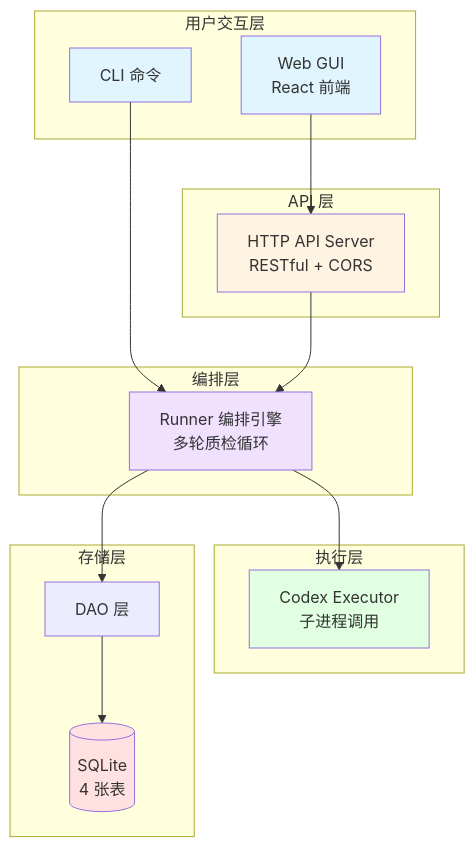
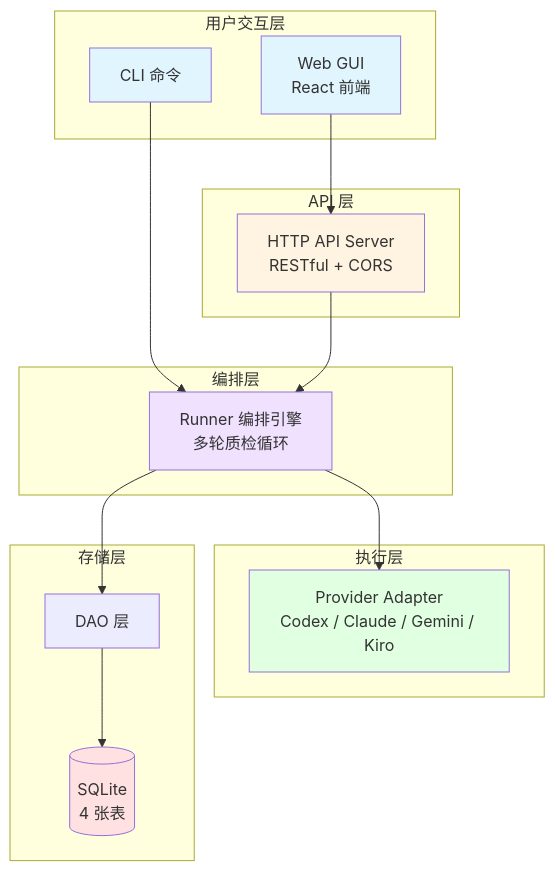
Before and after one commit to limecloud/qcloop: the second of 4 diagrams in docs/PRD.md, drawn with Mermaid. The commit also changed other lines of this file and 29 other files, not shown here.

````diff
--- a/docs/PRD.md
+++ b/docs/PRD.md
@@ -253,38 +253,38 @@
 ```mermaid
 graph TB
     subgraph "用户交互层"
         CLI[CLI 命令]
         GUI[Web GUI<br/>React 前端]
     end
     
     subgraph "API 层"
         API[HTTP API Server<br/>RESTful + CORS]
     end
     
     subgraph "编排层"
         Runner[Runner 编排引擎<br/>多轮质检循环]
     end
     
     subgraph "执行层"
-        Executor[Codex Executor<br/>子进程调用]
+        Executor[Provider Adapter<br/>Codex / Claude / Gemini / Kiro]
     end
     
     subgraph "存储层"
         DAO[DAO 层]
         DB[(SQLite<br/>4 张表)]
     end
     
     CLI --> Runner
     GUI --> API
     API --> Runner
     Runner --> Executor
     Runner --> DAO
     DAO --> DB
     
     style CLI fill:#e1f5ff
     style GUI fill:#e1f5ff
     style API fill:#fff4e1
     style Runner fill:#f0e1ff
     style Executor fill:#e1ffe1
     style DB fill:#ffe1e1
 ```
````
